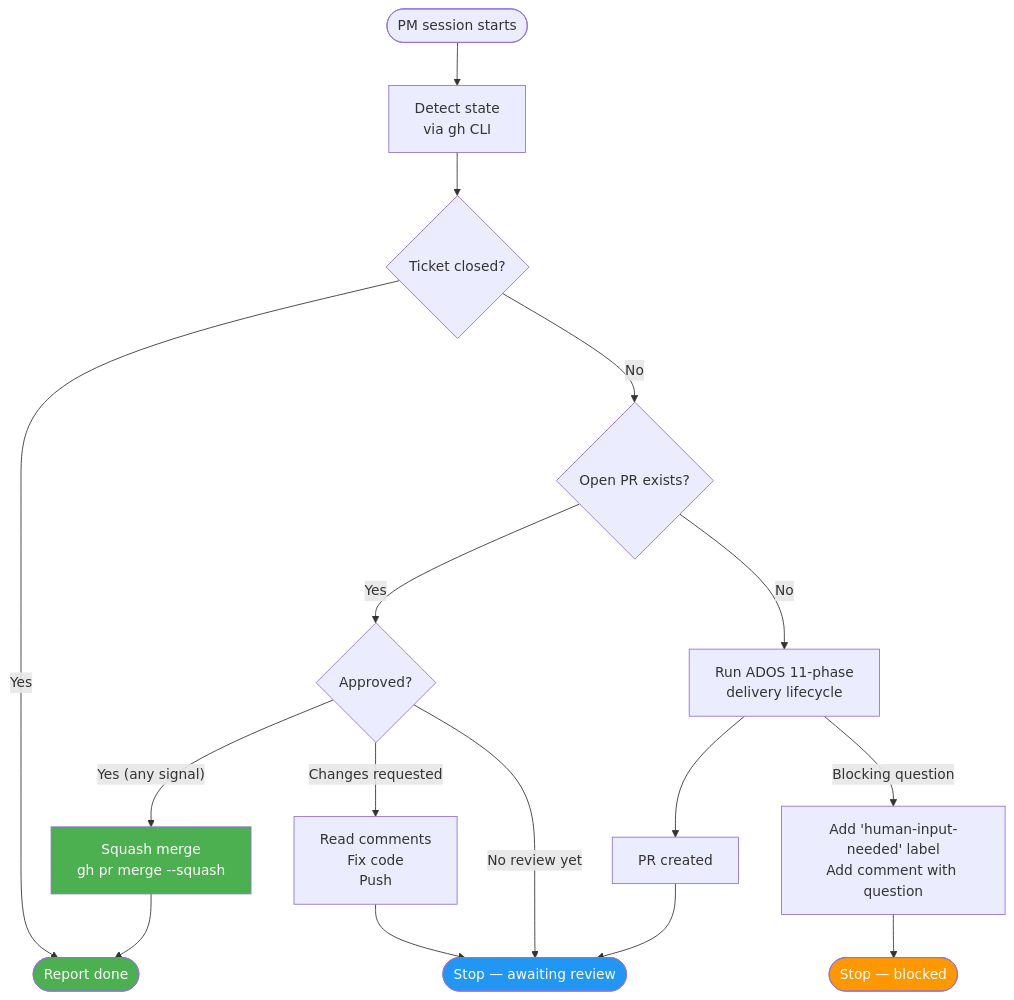
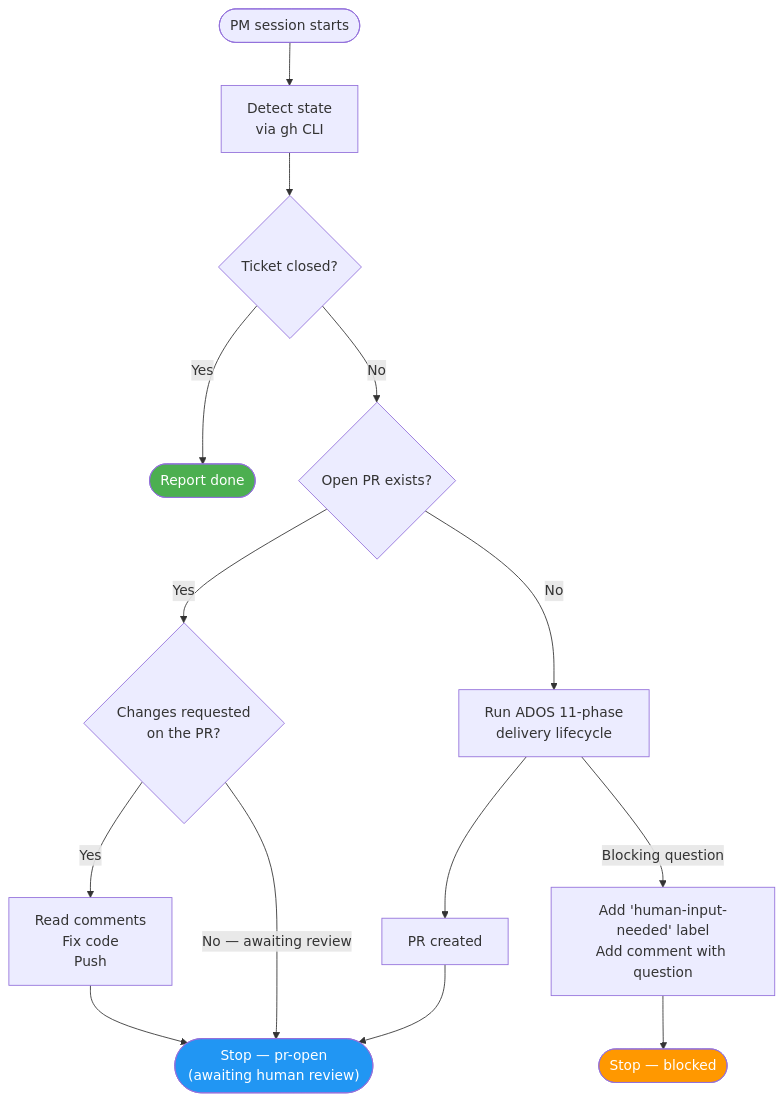
The third of 5 diagrams in doc/guides/autonomous-batch-delivery.md (juliusz-cwiakalski/marksync), drawn with Mermaid before and after one commit. The commit also changed other lines of this file and 9 other files, not shown here.

````diff
--- a/doc/guides/autonomous-batch-delivery.md
+++ b/doc/guides/autonomous-batch-delivery.md
@@ -151,23 +167,20 @@
 ```mermaid
 flowchart TD
     PROMPT([PM session starts]) --> DETECT["Detect state<br/>via gh CLI"]
     DETECT --> CLOSED{Ticket closed?}
     CLOSED -->|Yes| STOP_DONE(["Report done"])
     CLOSED -->|No| PR{Open PR exists?}
-    PR -->|Yes| APPROVAL{Approved?}
+    PR -->|Yes| REVIEW{"Changes requested<br/>on the PR?"}
     PR -->|No| DELIVER["Run ADOS 11-phase<br/>delivery lifecycle"]
-    APPROVAL -->|"Yes (any signal)"| MERGE["Squash merge<br/>gh pr merge --squash"]
-    APPROVAL -->|"Changes requested"| FIX["Read comments<br/>Fix code<br/>Push"]
-    APPROVAL -->|"No review yet"| AWAIT(["Stop — awaiting review"])
+    REVIEW -->|Yes| FIX["Read comments<br/>Fix code<br/>Push"]
+    REVIEW -->|"No — awaiting review"| AWAIT(["Stop — pr-open<br/>(awaiting human review)"])
     DELIVER --> PR_CREATED["PR created"]
     PR_CREATED --> AWAIT
     FIX --> AWAIT
-    MERGE --> STOP_DONE
     DELIVER -->|"Blocking question"| BLOCKED["Add 'human-input-needed' label<br/>Add comment with question"]
     BLOCKED --> STOP_BLK(["Stop — blocked"])
 
     style STOP_DONE fill:#4CAF50,color:#fff
     style AWAIT fill:#2196F3,color:#fff
     style STOP_BLK fill:#FF9800,color:#fff
-    style MERGE fill:#4CAF50,color:#fff
 ```
````
